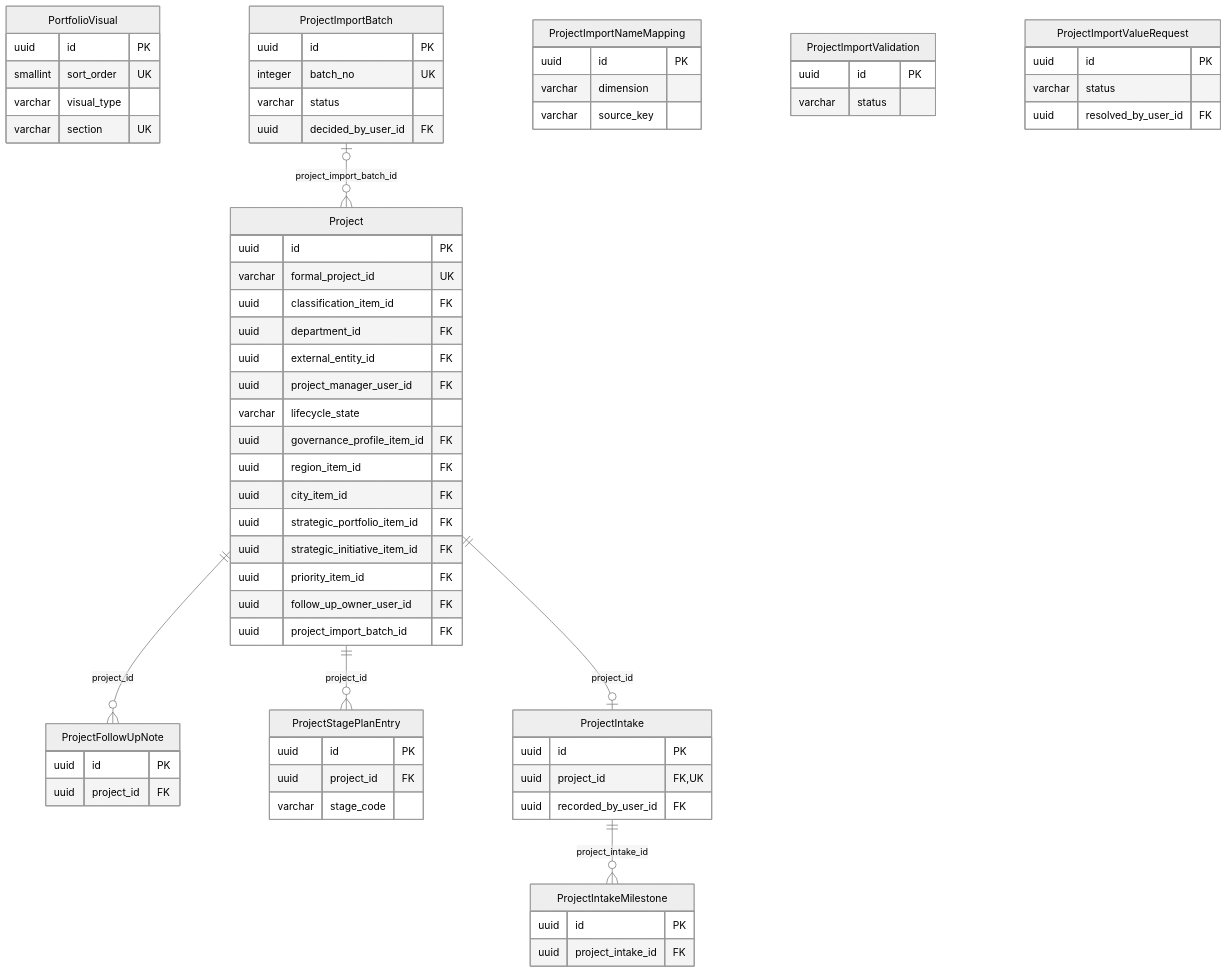
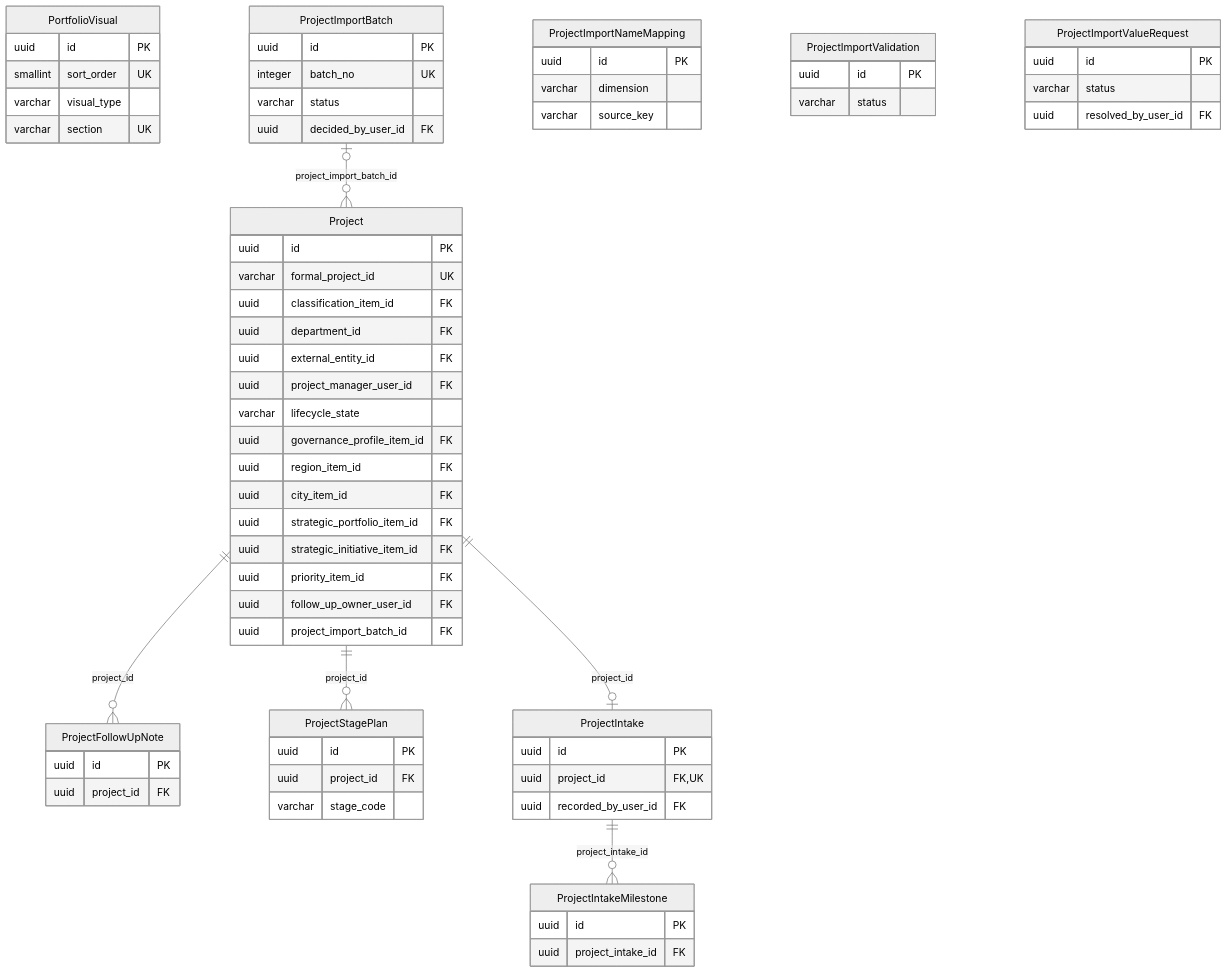
One commit to baderalhindi/ImplementW changed the fourth of 22 diagrams in docs/architecture/erd.md. Above: the diagram before and after it, drawn with Mermaid (neutral theme). The commit also changed other lines of this file and 9 other files, not shown here.

First line of the commit message:
fix: register the client's delete in the ERD and move the managers' attention read out of Project (TASK-112)

````diff
--- a/docs/architecture/erd.md
+++ b/docs/architecture/erd.md
@@ -441,69 +460,69 @@
 ```mermaid
 erDiagram
     Project {
         uuid id PK
         varchar formal_project_id UK
         uuid classification_item_id FK
         uuid department_id FK
         uuid external_entity_id FK
         uuid project_manager_user_id FK
         varchar lifecycle_state
         uuid governance_profile_item_id FK
         uuid region_item_id FK
         uuid city_item_id FK
         uuid strategic_portfolio_item_id FK
         uuid strategic_initiative_item_id FK
         uuid priority_item_id FK
         uuid follow_up_owner_user_id FK
         uuid project_import_batch_id FK
     }
     ProjectFollowUpNote {
         uuid id PK
         uuid project_id FK
     }
-    ProjectStagePlanEntry {
+    ProjectStagePlan {
         uuid id PK
         uuid project_id FK
         varchar stage_code
     }
     PortfolioVisual {
         uuid id PK
         smallint sort_order UK
         varchar visual_type
         varchar section UK
     }
     ProjectImportBatch {
         uuid id PK
         integer batch_no UK
         varchar status
         uuid decided_by_user_id FK
     }
     ProjectImportNameMapping {
         uuid id PK
         varchar dimension
         varchar source_key
     }
     ProjectImportValidation {
         uuid id PK
         varchar status
     }
     ProjectImportValueRequest {
         uuid id PK
         varchar status
         uuid resolved_by_user_id FK
     }
     ProjectIntake {
         uuid id PK
         uuid project_id FK, UK
         uuid recorded_by_user_id FK
     }
     ProjectIntakeMilestone {
         uuid id PK
         uuid project_intake_id FK
     }
     Project ||--o| ProjectIntake : "project_id"
     ProjectIntake ||--o{ ProjectIntakeMilestone : "project_intake_id"
     Project ||--o{ ProjectFollowUpNote : "project_id"
-    Project ||--o{ ProjectStagePlanEntry : "project_id"
+    Project ||--o{ ProjectStagePlan : "project_id"
     ProjectImportBatch |o--o{ Project : "project_import_batch_id"
 ```
````
